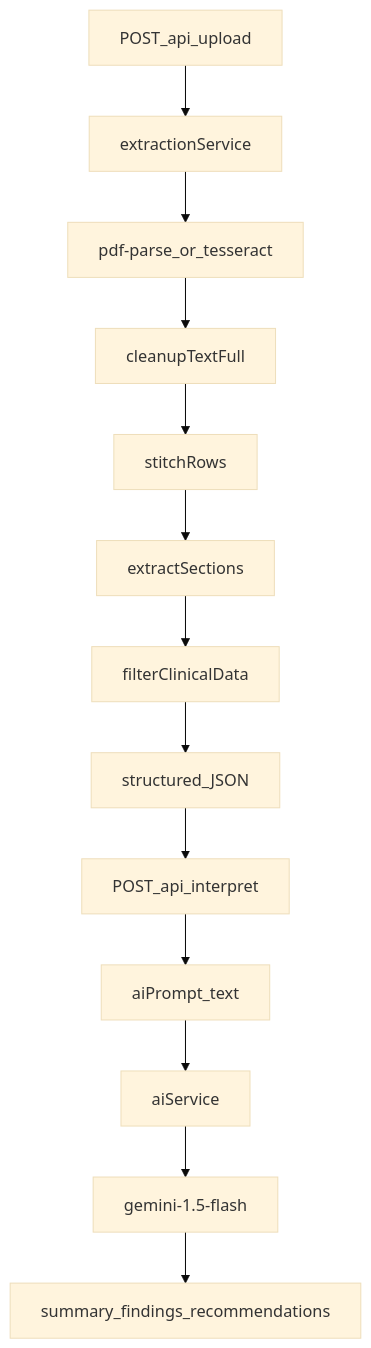
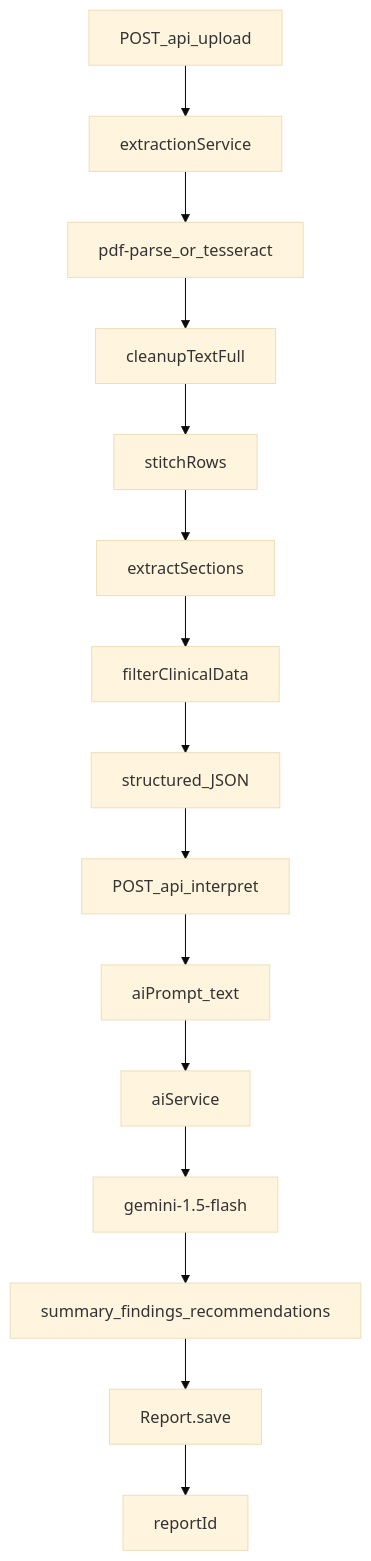
One commit to igaryanthakur/HealthLens changed the diagram in PROJECT_CONTEXT.md. Above: the diagram before and after it, drawn with Mermaid (base theme). The commit also changed other lines of this file and 25 other files, not shown here.

````diff
--- a/PROJECT_CONTEXT.md
+++ b/PROJECT_CONTEXT.md
@@ -65,15 +69,17 @@
 ```mermaid
 flowchart TD
   upload[POST_api_upload] --> extract[extractionService]
   extract --> pdf[pdf-parse_or_tesseract]
   pdf --> cleanup[cleanupTextFull]
   cleanup --> stitch[stitchRows]
   stitch --> sections[extractSections]
   sections --> filter[filterClinicalData]
   filter --> structured[structured_JSON]
   structured --> interpret[POST_api_interpret]
   interpret --> aiPrompt[aiPrompt_text]
   aiPrompt --> aiService[aiService]
   aiService --> gemini[gemini-1.5-flash]
   gemini --> data[summary_findings_recommendations]
+  data --> reportSave[Report.save]
+  reportSave --> reportId[reportId]
 ```
````
